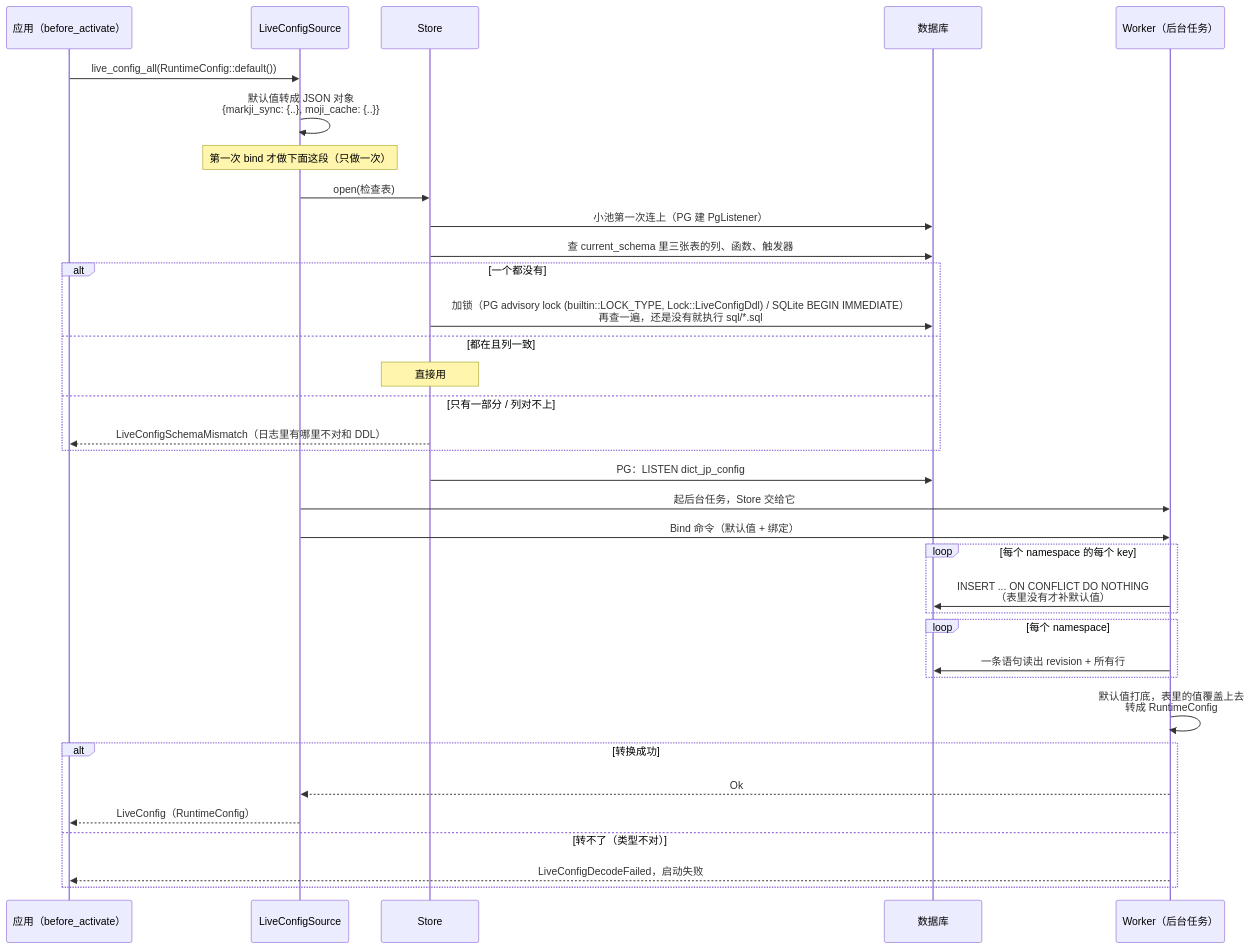
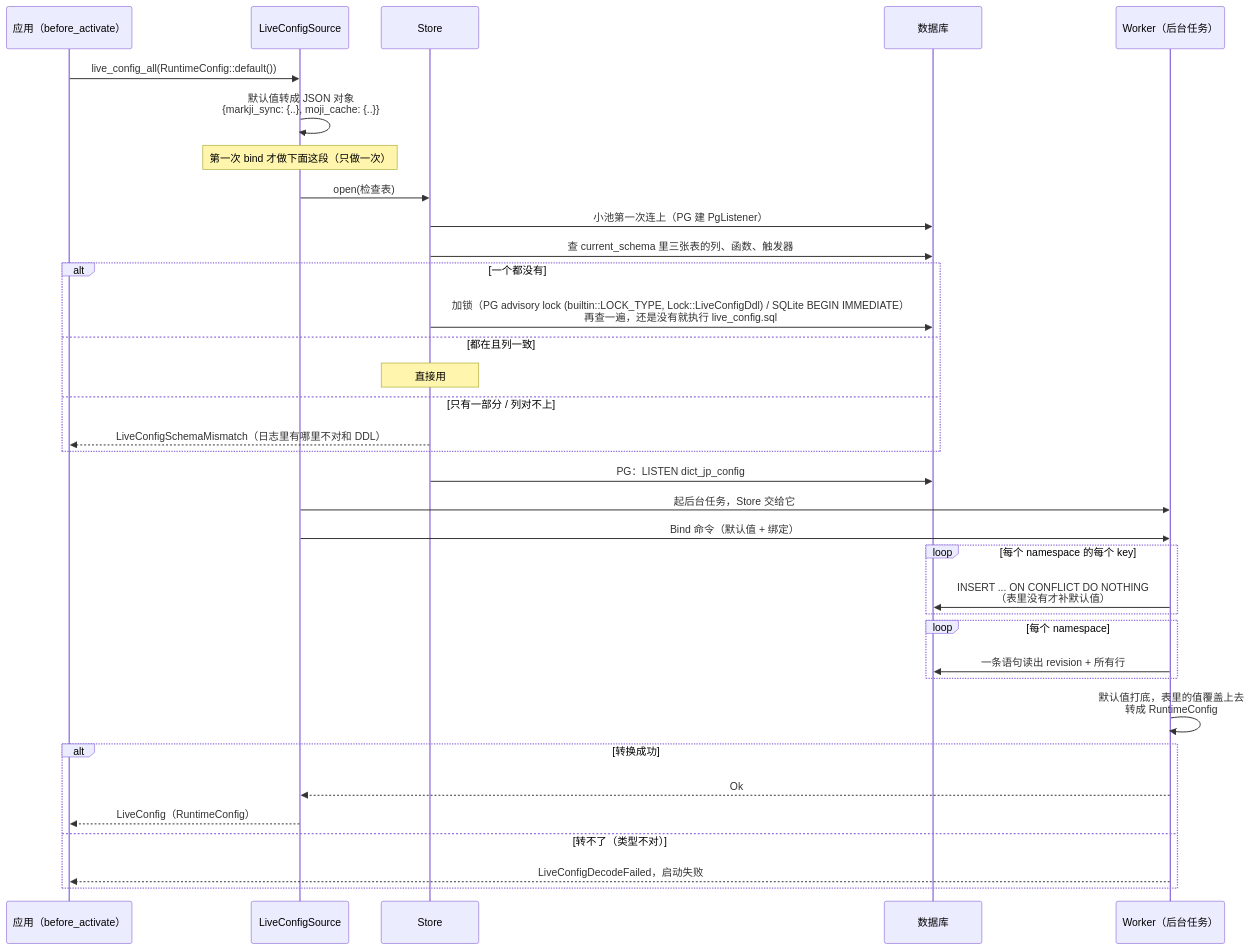
The third of 7 diagrams in docs/design/live-config.md (tpxxwz/hygiea), drawn with Mermaid before and after one commit. The commit also changed other lines of this file and 80 other files, not shown here.

````diff
--- a/docs/design/live-config.md
+++ b/docs/design/live-config.md
@@ -157,38 +161,38 @@
 ```mermaid
 sequenceDiagram
     participant App as 应用（before_activate）
     participant Src as LiveConfigSource
     participant St as Store
     participant DB as 数据库
     participant W as Worker（后台任务）
 
     App->>Src: live_config_all(RuntimeConfig::default())
     Src->>Src: 默认值转成 JSON 对象<br/>{markji_sync: {..}, moji_cache: {..}}
     Note over Src: 第一次 bind 才做下面这段（只做一次）
     Src->>St: open(检查表)
     St->>DB: 小池第一次连上（PG 建 PgListener）
     St->>DB: 查 current_schema 里三张表的列、函数、触发器
     alt 一个都没有
-        St->>DB: 加锁（PG advisory lock (builtin::LOCK_TYPE, Lock::LiveConfigDdl) / SQLite BEGIN IMMEDIATE）<br/>再查一遍，还是没有就执行 sql/*.sql
+        St->>DB: 加锁（PG advisory lock (builtin::LOCK_TYPE, Lock::LiveConfigDdl) / SQLite BEGIN IMMEDIATE）<br/>再查一遍，还是没有就执行 live_config.sql
     else 都在且列一致
         Note over St: 直接用
     else 只有一部分 / 列对不上
         St-->>App: LiveConfigSchemaMismatch（日志里有哪里不对和 DDL）
     end
     St->>DB: PG：LISTEN dict_jp_config
     Src->>W: 起后台任务，Store 交给它
     Src->>W: Bind 命令（默认值 + 绑定）
     loop 每个 namespace 的每个 key
         W->>DB: INSERT ... ON CONFLICT DO NOTHING<br/>（表里没有才补默认值）
     end
     loop 每个 namespace
         W->>DB: 一条语句读出 revision + 所有行
     end
     W->>W: 默认值打底，表里的值覆盖上去<br/>转成 RuntimeConfig
     alt 转换成功
         W-->>Src: Ok
         Src-->>App: LiveConfig（RuntimeConfig）
     else 转不了（类型不对）
         W-->>App: LiveConfigDecodeFailed，启动失败
     end
 ```
````
